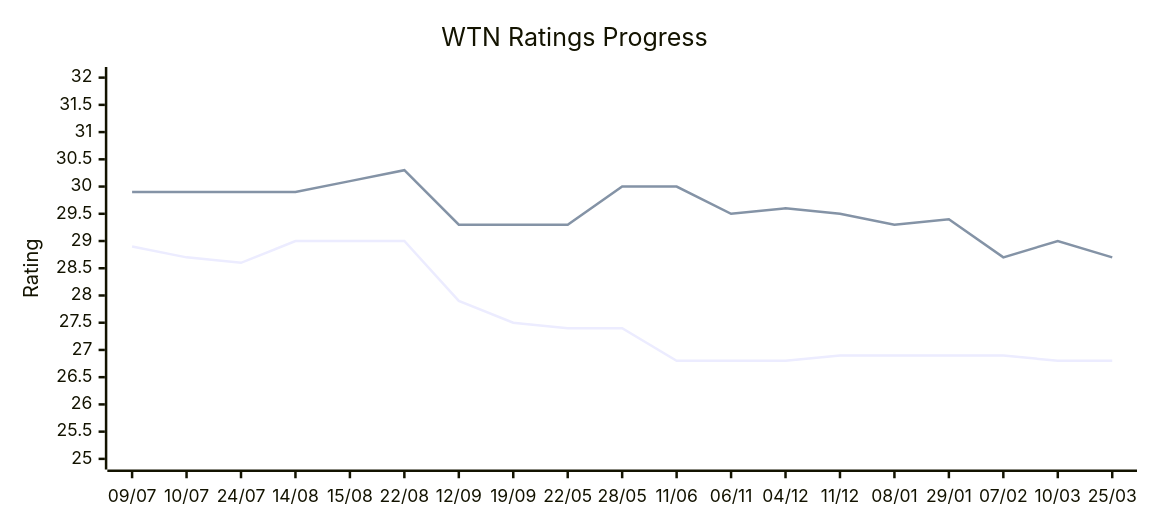
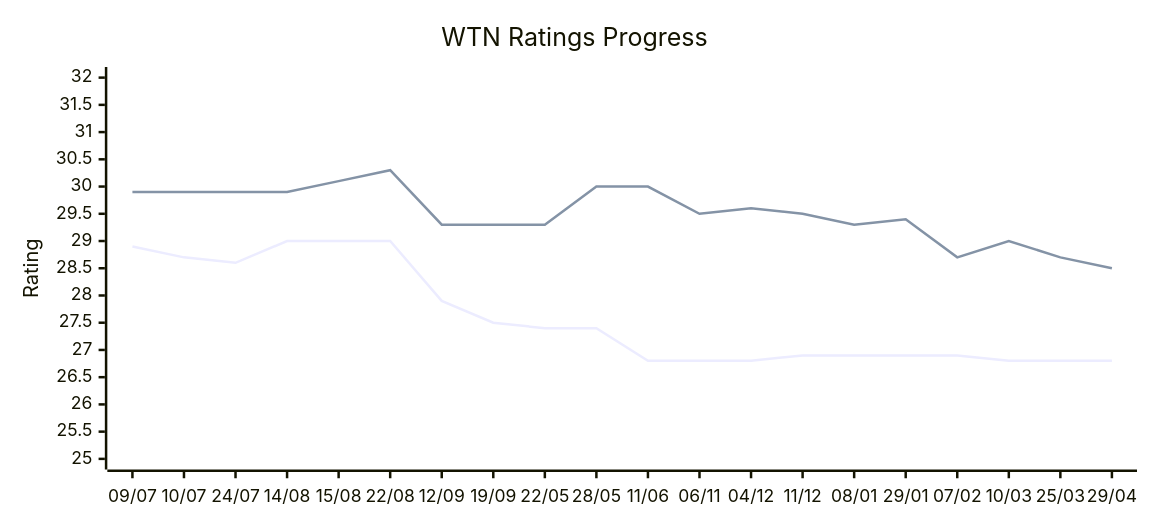
One commit to jamesrwhite/wtn changed the diagram in README.md. Above: the diagram before and after it, drawn with Mermaid. The commit also changed other lines of this file and 1 other file, not shown here.

Commit message:
Updated ratings

````diff
--- a/README.md
+++ b/README.md
@@ -12,14 +12,14 @@
 ```mermaid
 ---
 config:
   xyChart:
     width: 900
     height: 400
 ---
 xychart-beta
   title "WTN Ratings Progress"
-  x-axis ["09/07", "10/07", "24/07", "14/08", "15/08", "22/08", "12/09", "19/09", "22/05", "28/05", "11/06", "06/11", "04/12", "11/12", "08/01", "29/01", "07/02", "10/03", "25/03"]
+  x-axis ["09/07", "10/07", "24/07", "14/08", "15/08", "22/08", "12/09", "19/09", "22/05", "28/05", "11/06", "06/11", "04/12", "11/12", "08/01", "29/01", "07/02", "10/03", "25/03", "29/04"]
   y-axis "Rating" 25 --> 32
-  line [28.9, 28.7, 28.6, 29.0, 29.0, 29.0, 27.9, 27.5, 27.4, 27.4, 26.8, 26.8, 26.8, 26.9, 26.9, 26.9, 26.9, 26.8, 26.8]
-  line [29.9, 29.9, 29.9, 29.9, 30.1, 30.3, 29.3, 29.3, 29.3, 30.0, 30.0, 29.5, 29.6, 29.5, 29.3, 29.4, 28.7, 29.0, 28.7]
+  line [28.9, 28.7, 28.6, 29.0, 29.0, 29.0, 27.9, 27.5, 27.4, 27.4, 26.8, 26.8, 26.8, 26.9, 26.9, 26.9, 26.9, 26.8, 26.8, 26.8]
+  line [29.9, 29.9, 29.9, 29.9, 30.1, 30.3, 29.3, 29.3, 29.3, 30.0, 30.0, 29.5, 29.6, 29.5, 29.3, 29.4, 28.7, 29.0, 28.7, 28.5]
 ```
````
